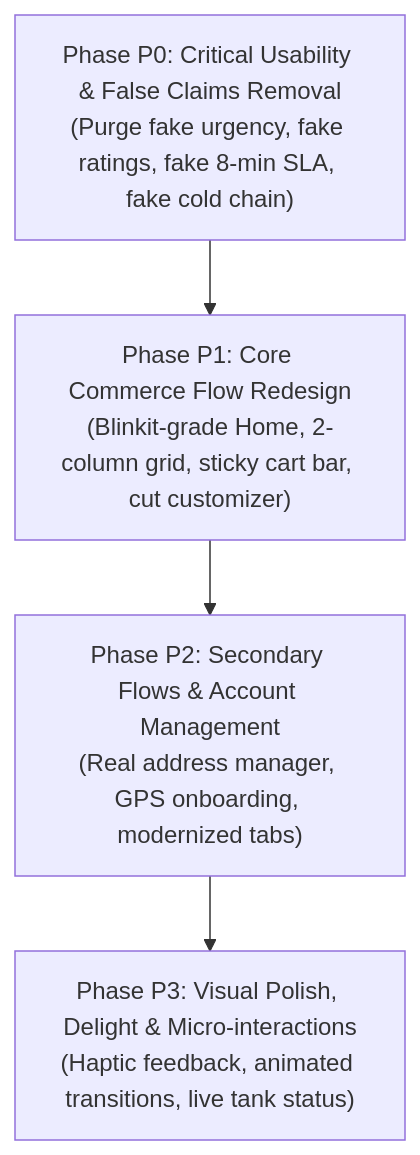
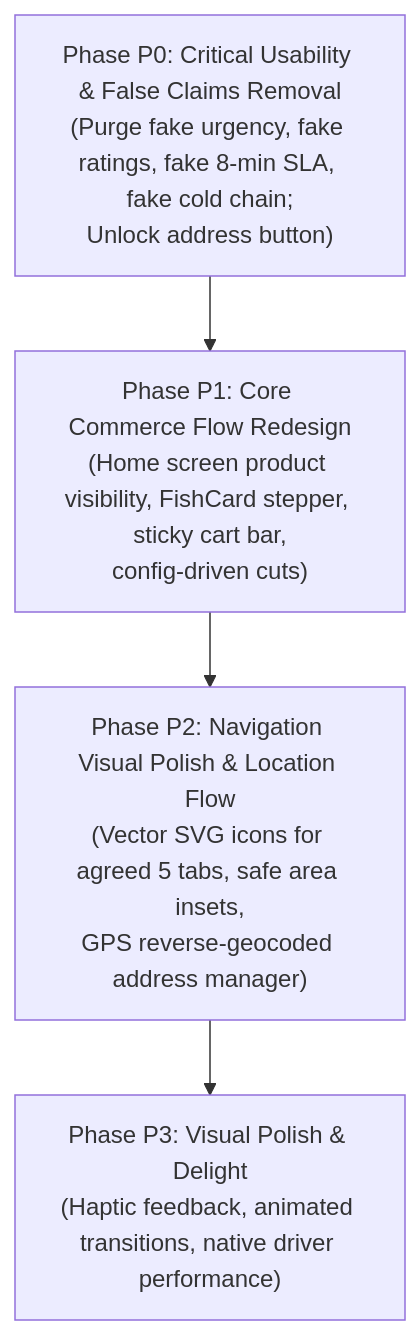
One commit to sprojectxx/POND_FISH changed the diagram in Documentation/audit/CUSTOMER_APP_UI_UX_AUDIT.md. Above: the diagram before and after it, drawn with Mermaid. The commit also changed other lines of this file and 1 other file, not shown here.

Commit message:
fix(design): validate pondfish navigation and purge unsupported business assumptions

````diff
--- a/Documentation/audit/CUSTOMER_APP_UI_UX_AUDIT.md
+++ b/Documentation/audit/CUSTOMER_APP_UI_UX_AUDIT.md
@@ -664,9 +630,9 @@
 ```mermaid
 flowchart TD
-    P0["Phase P0: Critical Usability & False Claims Removal\n(Purge fake urgency, fake ratings, fake 8-min SLA, fake cold chain)"]
-    P1["Phase P1: Core Commerce Flow Redesign\n(Blinkit-grade Home, 2-column grid, sticky cart bar, cut customizer)"]
-    P2["Phase P2: Secondary Flows & Account Management\n(Real address manager, GPS onboarding, modernized tabs)"]
-    P3["Phase P3: Visual Polish, Delight & Micro-interactions\n(Haptic feedback, animated transitions, live tank status)"]
+    P0["Phase P0: Critical Usability & False Claims Removal\n(Purge fake urgency, fake ratings, fake 8-min SLA, fake cold chain;\nUnlock address button)"]
+    P1["Phase P1: Core Commerce Flow Redesign\n(Home screen product visibility, FishCard stepper, sticky cart bar,\nconfig-driven cuts)"]
+    P2["Phase P2: Navigation Visual Polish & Location Flow\n(Vector SVG icons for agreed 5 tabs, safe area insets,\nGPS reverse-geocoded address manager)"]
+    P3["Phase P3: Visual Polish & Delight\n(Haptic feedback, animated transitions, native driver performance)"]
 
     P0 --> P1 --> P2 --> P3
 ```
````
